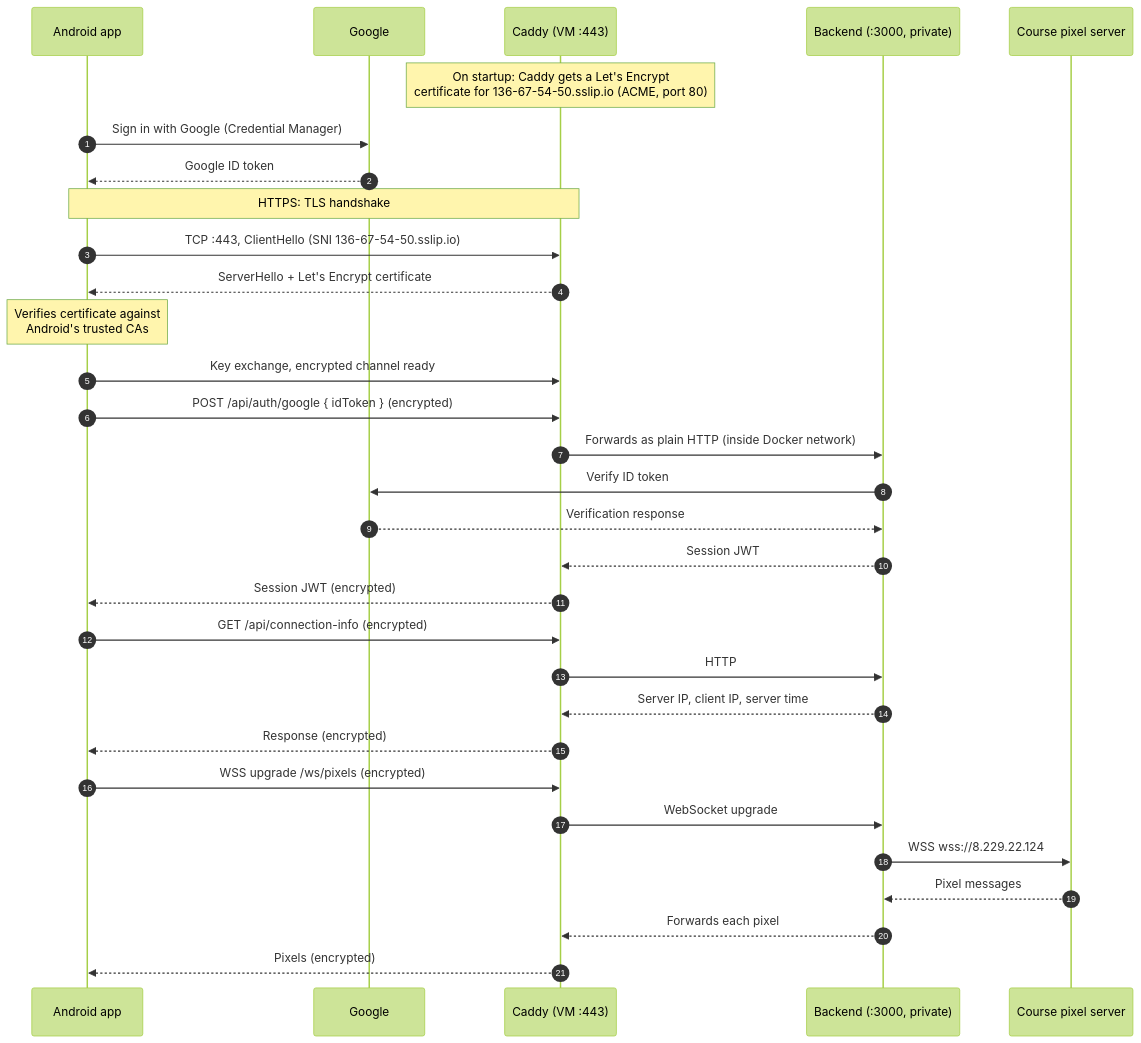
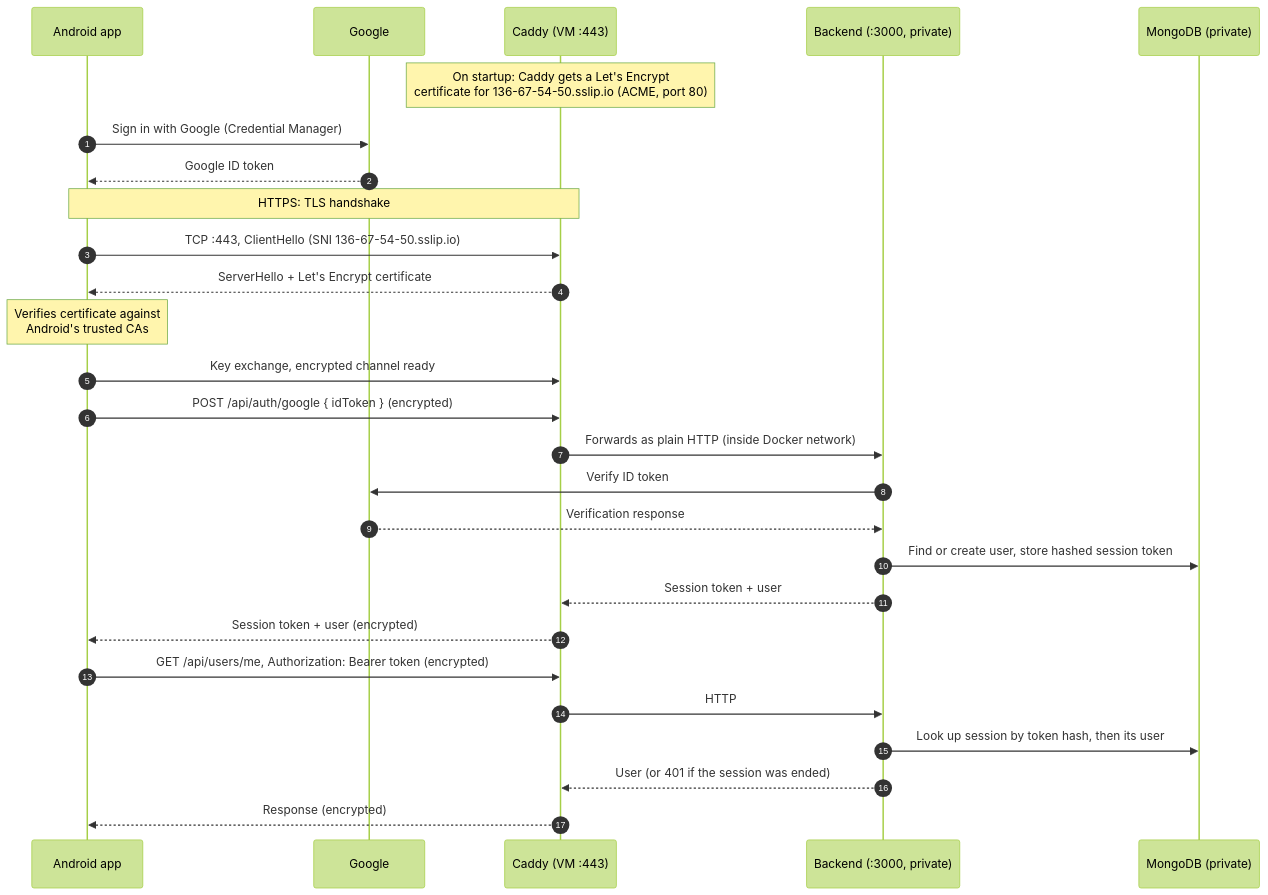
The diagram in README.md (adamdeleeuw/trailmix), drawn with Mermaid (forest theme) before and after one commit. The commit also changed other lines of this file and 45 other files, not shown here.

````diff
--- a/README.md
+++ b/README.md
@@ -24,39 +24,34 @@
 ```mermaid
 sequenceDiagram
     autonumber
     participant App as Android app
     participant G as Google
     participant C as Caddy (VM :443)
     participant B as Backend (:3000, private)
-    participant P as Course pixel server
+    participant M as MongoDB (private)
 
     Note over C: On startup: Caddy gets a Let's Encrypt<br/>certificate for 136-67-54-50.sslip.io (ACME, port 80)
 
     App->>G: Sign in with Google (Credential Manager)
     G-->>App: Google ID token
 
     Note over App,C: HTTPS: TLS handshake
     App->>C: TCP :443, ClientHello (SNI 136-67-54-50.sslip.io)
     C-->>App: ServerHello + Let's Encrypt certificate
     Note over App: Verifies certificate against<br/>Android's trusted CAs
     App->>C: Key exchange, encrypted channel ready
 
     App->>C: POST /api/auth/google { idToken } (encrypted)
     C->>B: Forwards as plain HTTP (inside Docker network)
     B->>G: Verify ID token
     G-->>B: Verification response
-    B-->>C: Session JWT
-    C-->>App: Session JWT (encrypted)
+    B->>M: Find or create user, store hashed session token
+    B-->>C: Session token + user
+    C-->>App: Session token + user (encrypted)
 
-    App->>C: GET /api/connection-info (encrypted)
+    App->>C: GET /api/users/me, Authorization: Bearer token (encrypted)
     C->>B: HTTP
-    B-->>C: Server IP, client IP, server time
+    B->>M: Look up session by token hash, then its user
+    B-->>C: User (or 401 if the session was ended)
     C-->>App: Response (encrypted)
-
-    App->>C: WSS upgrade /ws/pixels (encrypted)
-    C->>B: WebSocket upgrade
-    B->>P: WSS wss://8.229.22.124
-    P-->>B: Pixel messages
-    B-->>C: Forwards each pixel
-    C-->>App: Pixels (encrypted)
 ```
````
